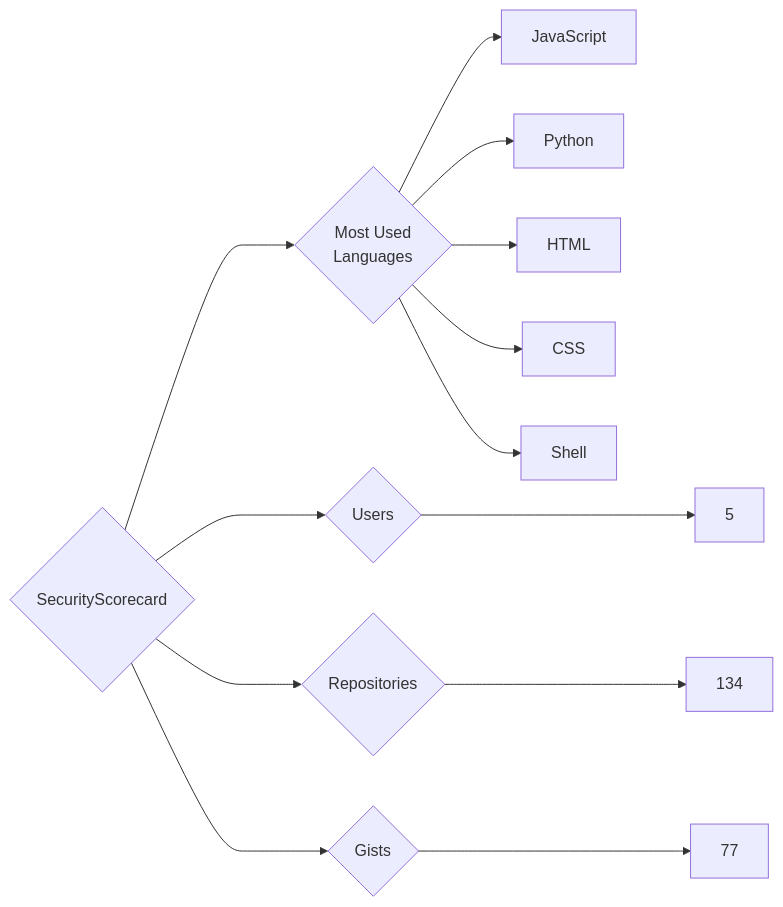
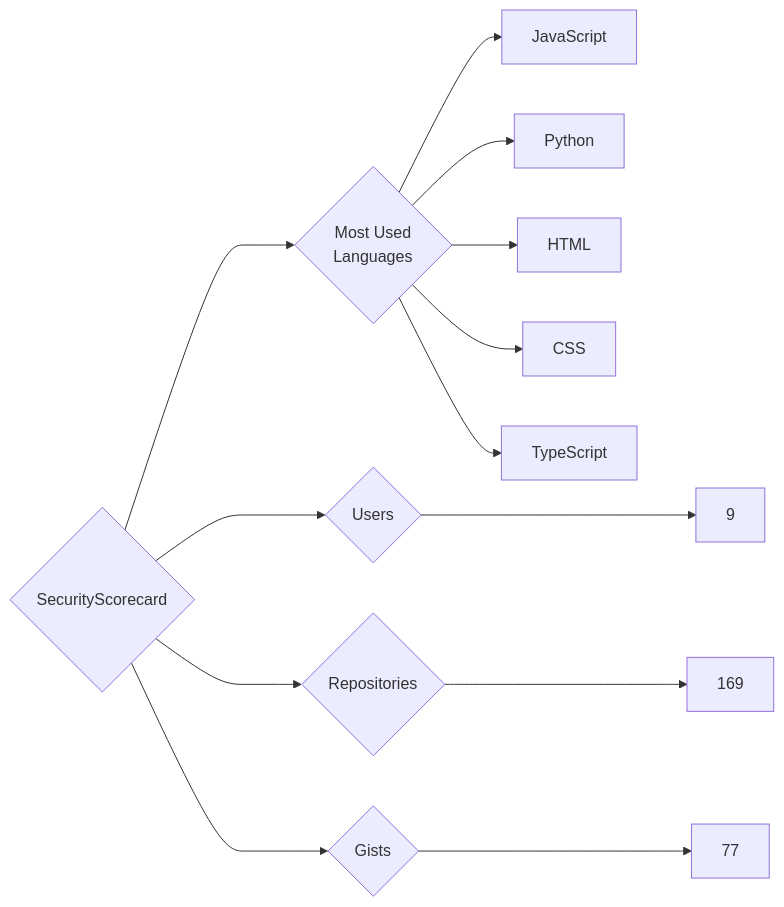
The diagram in targets/SecurityScorecard/README.md (trickest/insiders), drawn with Mermaid before and after one commit. The commit also changed 1389 other files, not shown here.

````diff
--- a/targets/SecurityScorecard/README.md
+++ b/targets/SecurityScorecard/README.md
@@ -3,13 +3,13 @@
 ```mermaid
 graph LR
 COMPANY_NAME{SecurityScorecard}
-COMPANY_NAME ---> U{Users} ---> UN[5]
-COMPANY_NAME ---> R{Repositories} ---> RN[134]
+COMPANY_NAME ---> U{Users} ---> UN[9]
+COMPANY_NAME ---> R{Repositories} ---> RN[169]
 COMPANY_NAME ---> G{Gists} ---> GN[77]
 COMPANY_NAME ---> ML{Most Used<br>Languages}
 ML --> JavaScript[JavaScript]
 ML --> Python[Python]
 ML --> HTML[HTML]
 ML --> CSS[CSS]
-ML --> Shell[Shell]
+ML --> TypeScript[TypeScript]
 ```
````
